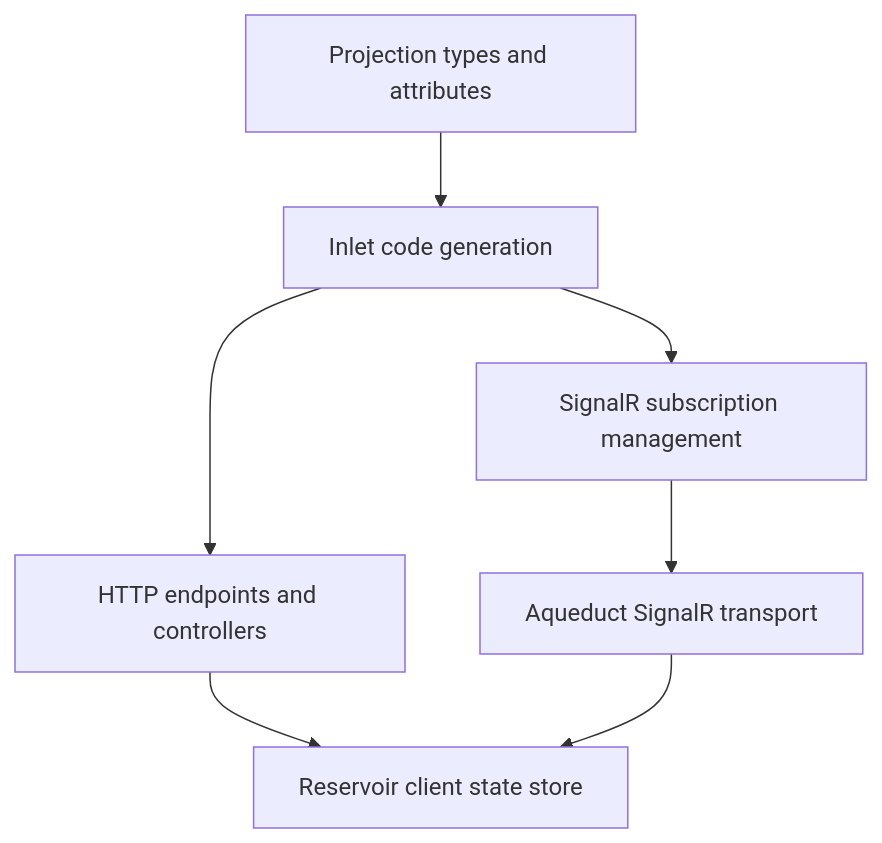
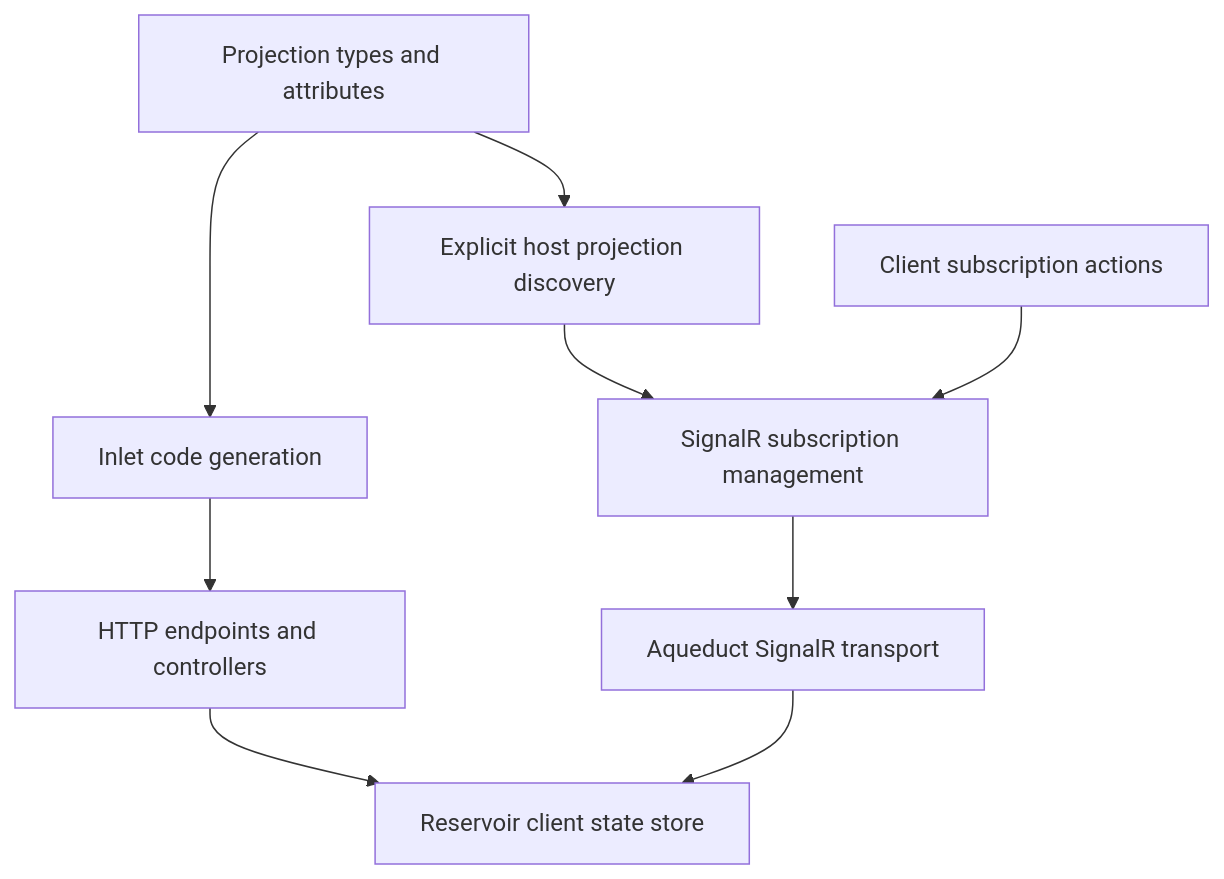
One commit to Gibbs-Morris/mississippi changed the second of 2 diagrams in docs/Docusaurus/docs/concepts/index.md. Above: the diagram before and after it, drawn with Mermaid. The commit also changed other lines of this file, not shown here.

Commit message:
Show explicit projection subscription activation in concepts (#1130)

````diff
--- a/docs/Docusaurus/docs/concepts/index.md
+++ b/docs/Docusaurus/docs/concepts/index.md
@@ -52,9 +52,11 @@
 ```mermaid
 flowchart TB
     PT[Projection types and attributes] --> IN[Inlet code generation]
     IN --> HTTP[HTTP endpoints and controllers]
-    IN --> SUB[SignalR subscription management]
+    PT --> DISC[Explicit host projection discovery]
+    DISC --> SUB[SignalR subscription management]
+    CA[Client subscription actions] --> SUB
     SUB --> AQ[Aqueduct SignalR transport]
     HTTP --> RS[Reservoir client state store]
     AQ --> RS
 ```
````
